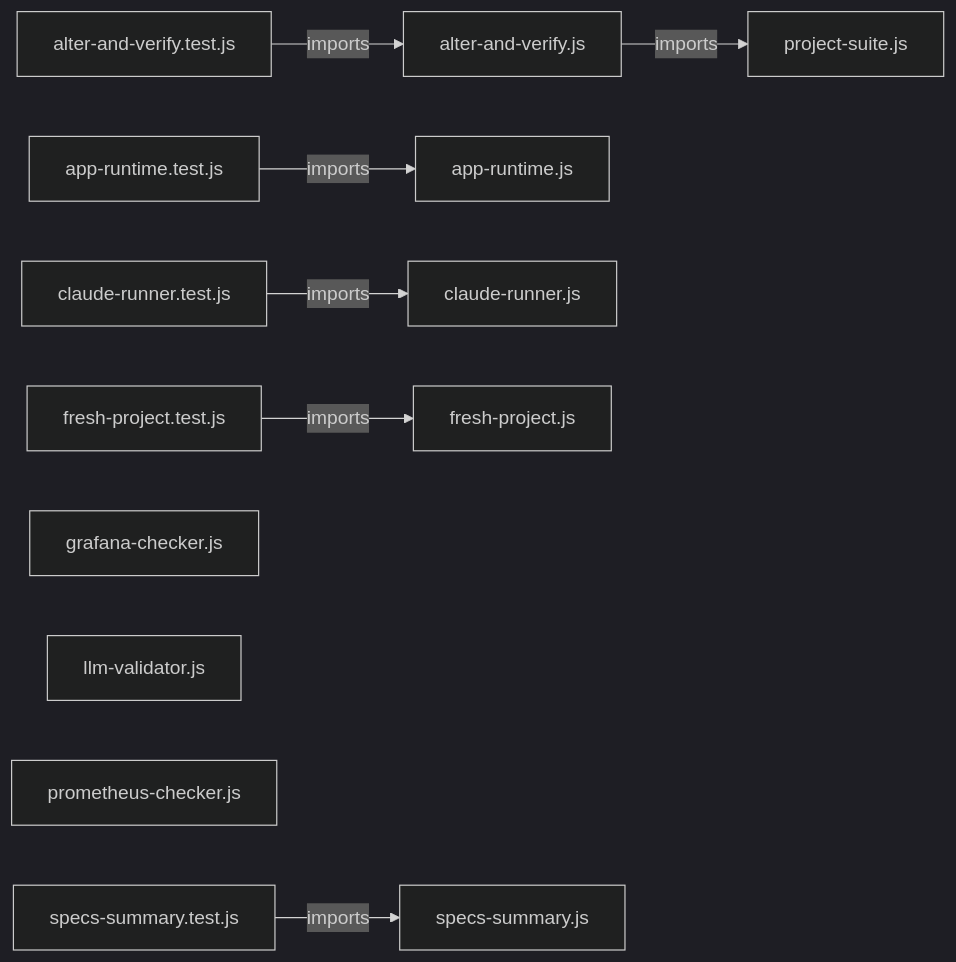
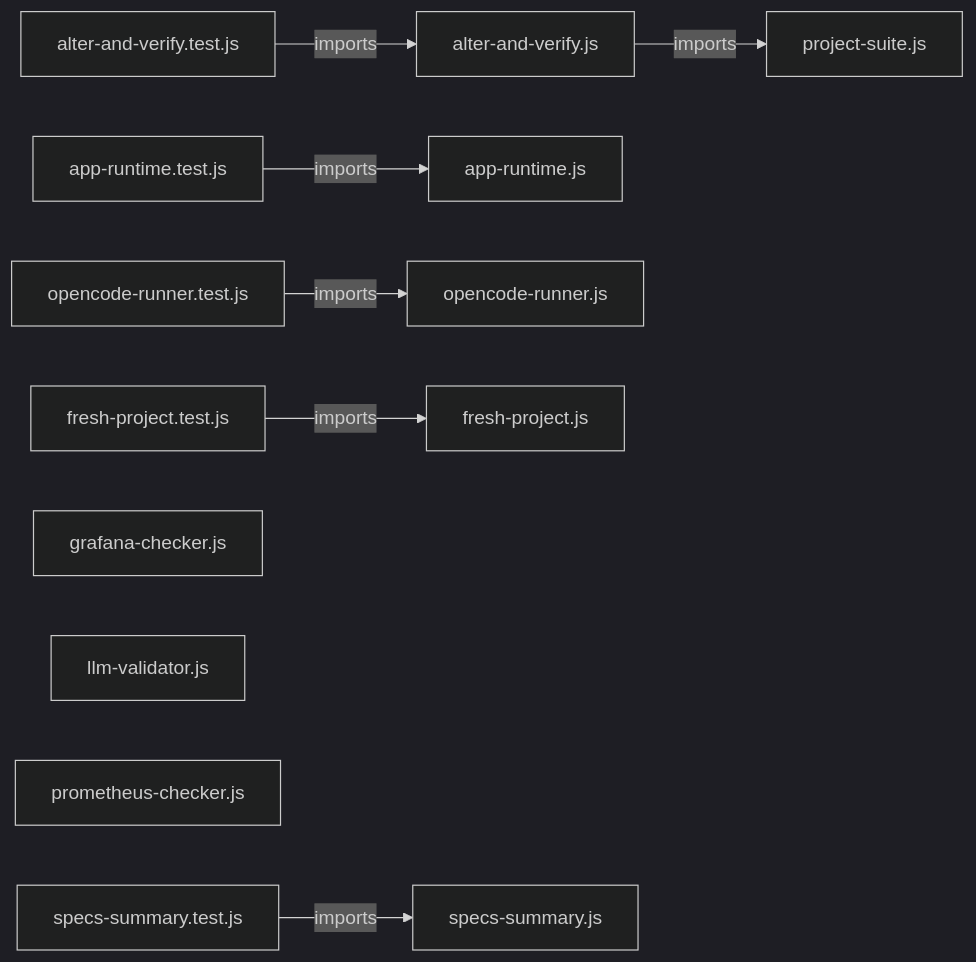
The diagram in specs/brownfield/wiki/pages/04-test-e2e-helpers.md (rasavita/opencode_harness_design), drawn with Mermaid (dark theme) before and after one commit. The commit also changed other lines of this file and 1343 other files, not shown here.

````diff
--- a/specs/brownfield/wiki/pages/04-test-e2e-helpers.md
+++ b/specs/brownfield/wiki/pages/04-test-e2e-helpers.md
@@ -7,23 +7,23 @@
 ```mermaid
 flowchart LR
   n_js_test_e2e_helpers_alter_and_verify_js["alter-and-verify.js"]
   n_js_test_e2e_helpers_alter_and_verify_test_js["alter-and-verify.test.js"]
   n_js_test_e2e_helpers_app_runtime_js["app-runtime.js"]
   n_js_test_e2e_helpers_app_runtime_test_js["app-runtime.test.js"]
-  n_js_test_e2e_helpers_claude_runner_js["claude-runner.js"]
-  n_js_test_e2e_helpers_claude_runner_test_js["claude-runner.test.js"]
+  n_js_test_e2e_helpers_claude_runner_js["opencode-runner.js"]
+  n_js_test_e2e_helpers_claude_runner_test_js["opencode-runner.test.js"]
   n_js_test_e2e_helpers_fresh_project_js["fresh-project.js"]
   n_js_test_e2e_helpers_fresh_project_test_js["fresh-project.test.js"]
   n_js_test_e2e_helpers_grafana_checker_js["grafana-checker.js"]
   n_js_test_e2e_helpers_llm_validator_js["llm-validator.js"]
   n_js_test_e2e_helpers_project_suite_js["project-suite.js"]
   n_js_test_e2e_helpers_prometheus_checker_js["prometheus-checker.js"]
   n_js_test_e2e_helpers_specs_summary_js["specs-summary.js"]
   n_js_test_e2e_helpers_specs_summary_test_js["specs-summary.test.js"]
   n_js_test_e2e_helpers_alter_and_verify_js -->|imports| n_js_test_e2e_helpers_project_suite_js
   n_js_test_e2e_helpers_alter_and_verify_test_js -->|imports| n_js_test_e2e_helpers_alter_and_verify_js
   n_js_test_e2e_helpers_app_runtime_test_js -->|imports| n_js_test_e2e_helpers_app_runtime_js
   n_js_test_e2e_helpers_claude_runner_test_js -->|imports| n_js_test_e2e_helpers_claude_runner_js
   n_js_test_e2e_helpers_fresh_project_test_js -->|imports| n_js_test_e2e_helpers_fresh_project_js
   n_js_test_e2e_helpers_specs_summary_test_js -->|imports| n_js_test_e2e_helpers_specs_summary_js
 ```
````
